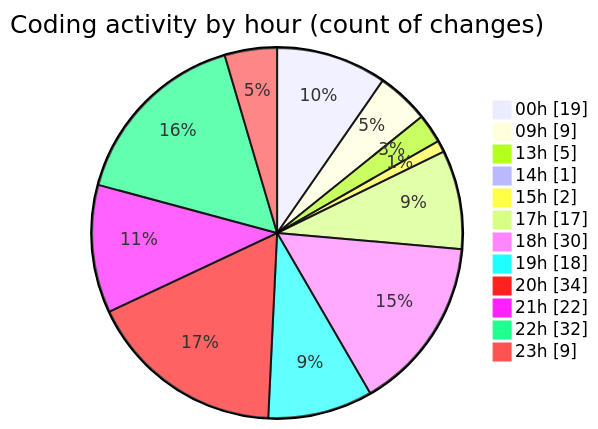
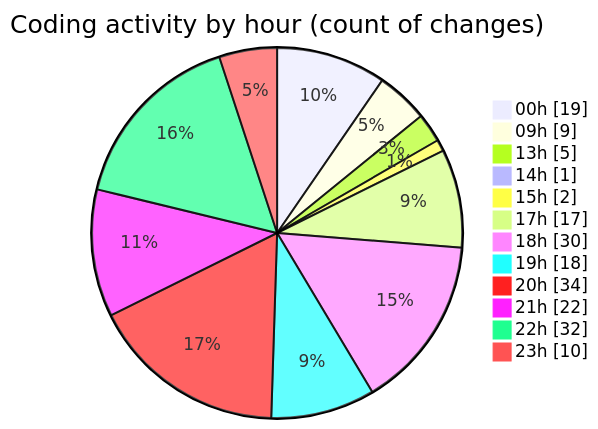
One commit to EIIisD/code-tracking changed the second of 2 diagrams in 2025-08-12/ribbon/README.md. Above: the diagram before and after it, drawn with Mermaid. The commit also changed other lines of this file and 1 other file, not shown here.

````diff
--- a/2025-08-12/ribbon/README.md
+++ b/2025-08-12/ribbon/README.md
@@ -58,16 +58,16 @@
 ```mermaid
 pie showData
 title Coding activity by hour (count of changes)
 "00h" : 19
 "09h" : 9
 "13h" : 5
 "14h" : 1
 "15h" : 2
 "17h" : 17
 "18h" : 30
 "19h" : 18
 "20h" : 34
 "21h" : 22
 "22h" : 32
-"23h" : 9
+"23h" : 10
 ```
````
